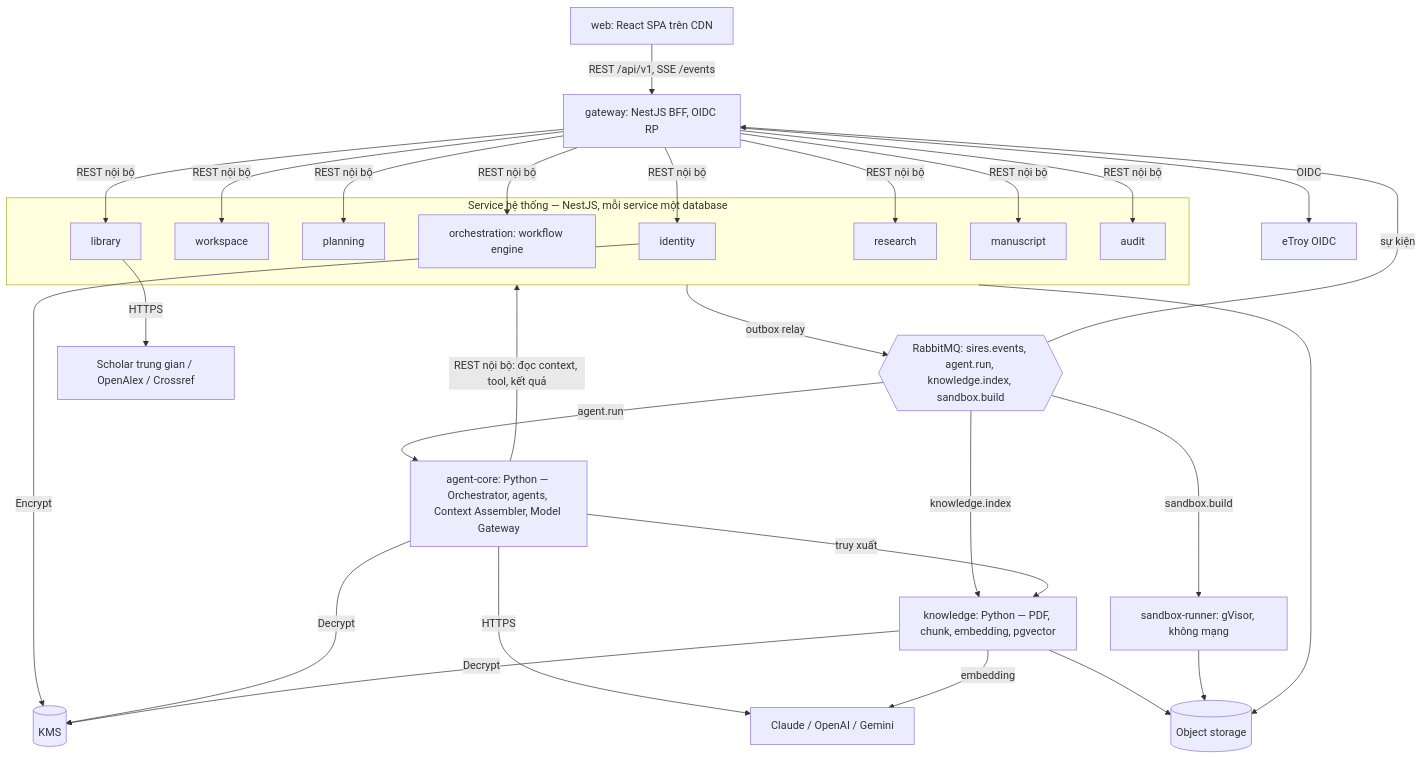
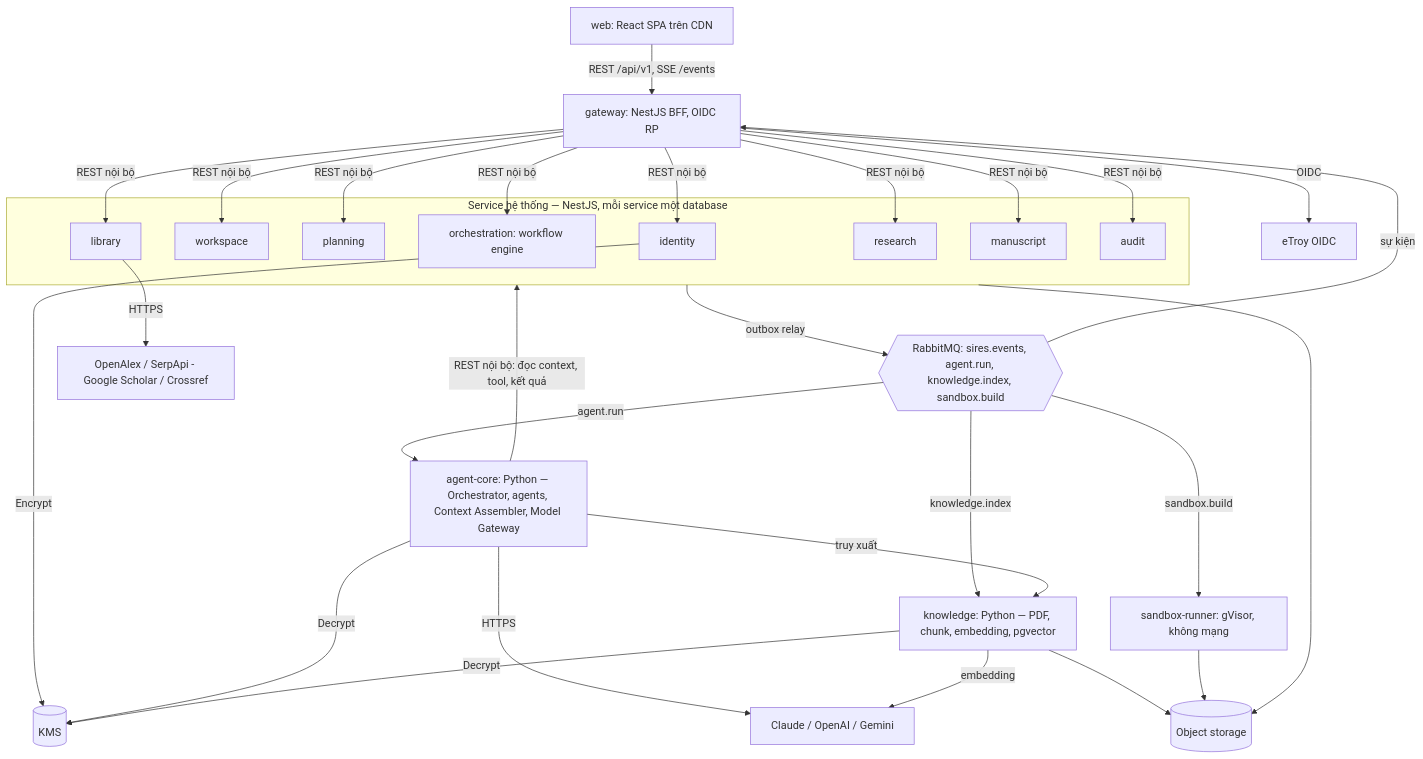
Before and after one commit to toilatrung/sires: the diagram in docs/architecture/figures/FIG-102-containers.mmd, drawn with Mermaid. The commit also changed 41 other files, not shown here.

First line of the commit message:
DEC-60: nguồn discovery (OpenAlex mặc định, Google Scholar qua SerpApi, bỏ Semantic Scholar) và connector Google Scholar

```diff
--- a/docs/architecture/figures/FIG-102-containers.mmd
+++ b/docs/architecture/figures/FIG-102-containers.mmd
@@ -1,32 +1,32 @@
 %% SIRes — Copyright © 2026 The eTroy development team · eTroy One platform.
 %% Sole decision-maker: PO Trịnh Quang Trung. Non-commercial use only; commercial use in any form is prohibited.
 %% SPDX-License-Identifier: LicenseRef-eTroy-NC-1.0 — see LICENSES.md
 %% FIG-102 — Services and communication (architecture 3.2), v0.2
 flowchart TB
   WEB[web: React SPA trên CDN] -->|REST /api/v1, SSE /events| GW[gateway: NestJS BFF, OIDC RP]
   GW -->|OIDC| OIDC[eTroy OIDC]
   subgraph TS [Service hệ thống — NestJS, mỗi service một database]
     ID[identity]
     WS[workspace]
     PL[planning]
     OR[orchestration: workflow engine]
     LB[library]
     RS[research]
     MS[manuscript]
     AU[audit]
   end
   GW -->|REST nội bộ| ID & WS & PL & OR & LB & RS & MS & AU
   MQ{{RabbitMQ: sires.events, agent.run, knowledge.index, sandbox.build}}
   TS -->|outbox relay| MQ
   MQ -->|sự kiện| GW
   MQ -->|agent.run| AC[agent-core: Python — Orchestrator, agents, Context Assembler, Model Gateway]
   MQ -->|knowledge.index| KN[knowledge: Python — PDF, chunk, embedding, pgvector]
   MQ -->|sandbox.build| SB[sandbox-runner: gVisor, không mạng]
   AC -->|REST nội bộ: đọc context, tool, kết quả| TS
   AC -->|truy xuất| KN
   AC -->|HTTPS| LLM[Claude / OpenAI / Gemini]
   KN -->|embedding| LLM
-  LB -->|HTTPS| EXT[Scholar trung gian / OpenAlex / Crossref]
+  LB -->|HTTPS| EXT[OpenAlex / SerpApi - Google Scholar / Crossref]
   TS & KN & SB --> S3[(Object storage)]
   ID -->|Encrypt| KMS[(KMS)]
   AC & KN -->|Decrypt| KMS
```
